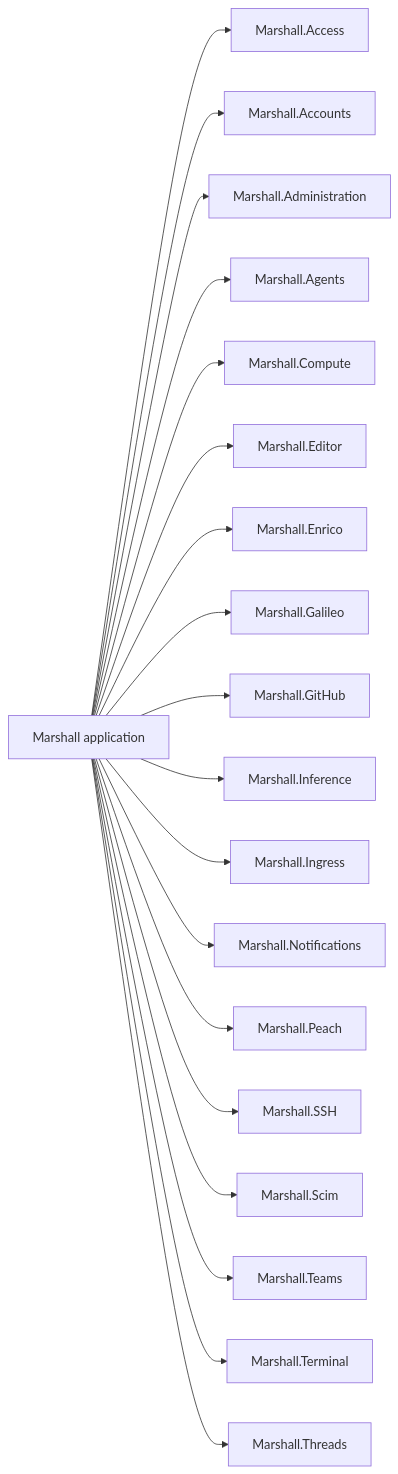
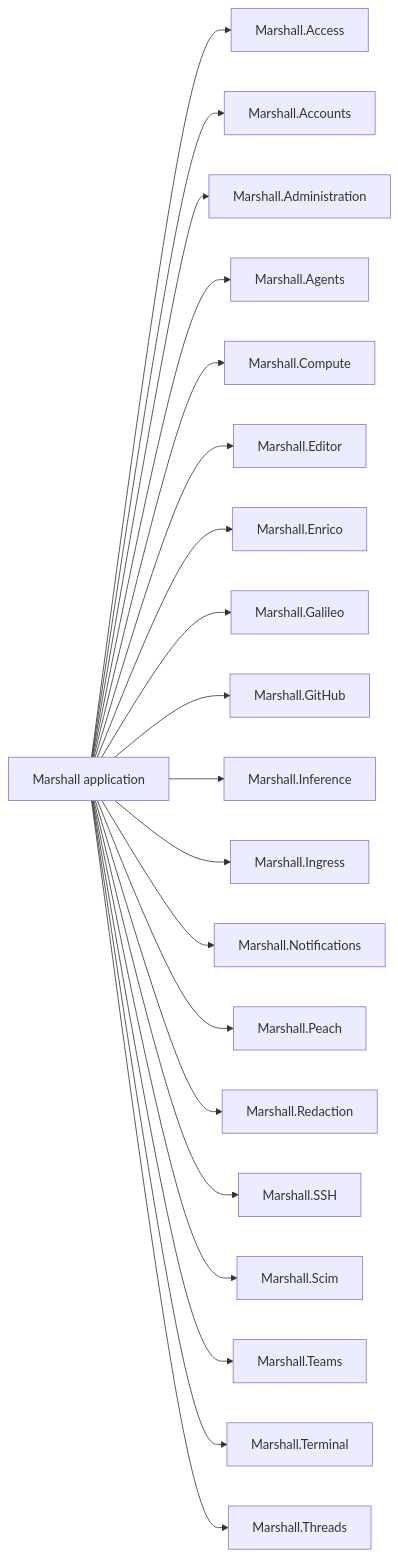
One commit to dlkeith-p-forks/overalls changed the fifth of 8 diagrams in marshall/priv/hldd/21-domains.md. Above: the diagram before and after it, drawn with Mermaid. The commit also changed other lines of this file and 22 other files, not shown here.

````diff
--- a/marshall/priv/hldd/21-domains.md
+++ b/marshall/priv/hldd/21-domains.md
@@ -166,22 +167,23 @@
 ```mermaid
 flowchart LR
   app["Marshall application"]
   app --> d0["Marshall.Access"]
   app --> d1["Marshall.Accounts"]
   app --> d2["Marshall.Administration"]
   app --> d3["Marshall.Agents"]
   app --> d4["Marshall.Compute"]
   app --> d5["Marshall.Editor"]
   app --> d6["Marshall.Enrico"]
   app --> d7["Marshall.Galileo"]
   app --> d8["Marshall.GitHub"]
   app --> d9["Marshall.Inference"]
   app --> d10["Marshall.Ingress"]
   app --> d11["Marshall.Notifications"]
   app --> d12["Marshall.Peach"]
-  app --> d13["Marshall.SSH"]
-  app --> d14["Marshall.Scim"]
-  app --> d15["Marshall.Teams"]
-  app --> d16["Marshall.Terminal"]
-  app --> d17["Marshall.Threads"]
+  app --> d13["Marshall.Redaction"]
+  app --> d14["Marshall.SSH"]
+  app --> d15["Marshall.Scim"]
+  app --> d16["Marshall.Teams"]
+  app --> d17["Marshall.Terminal"]
+  app --> d18["Marshall.Threads"]
 ```
````
